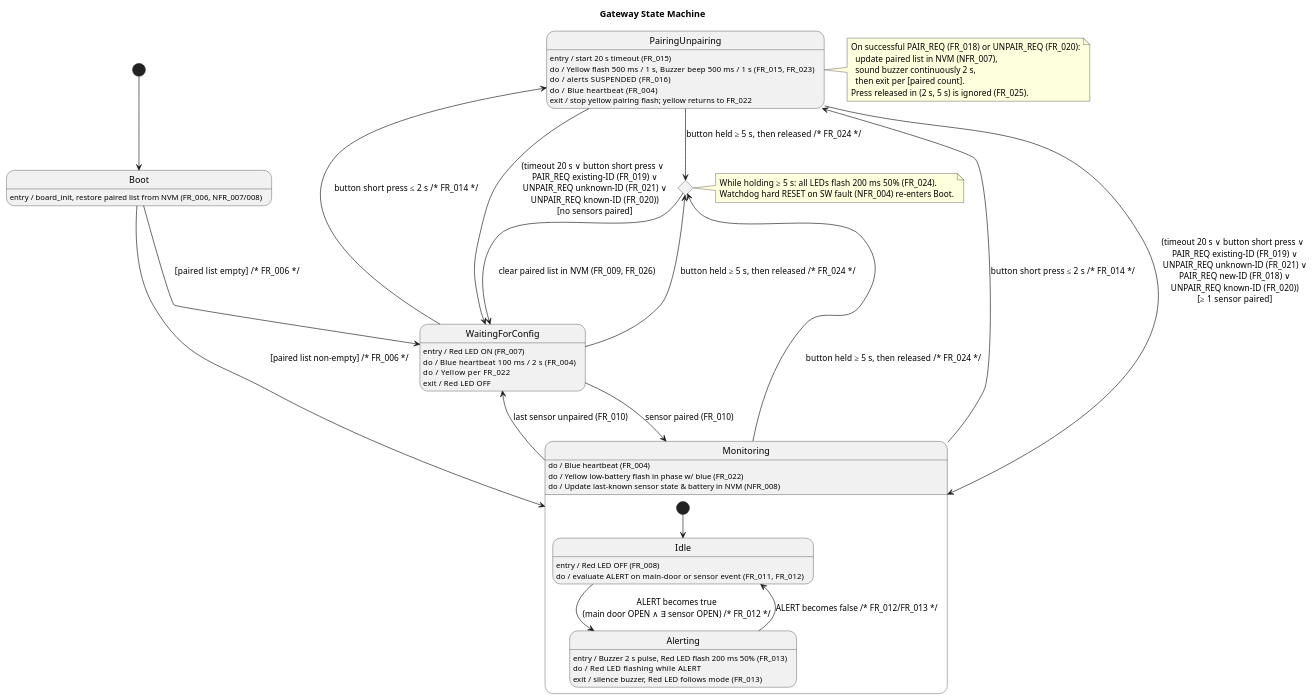
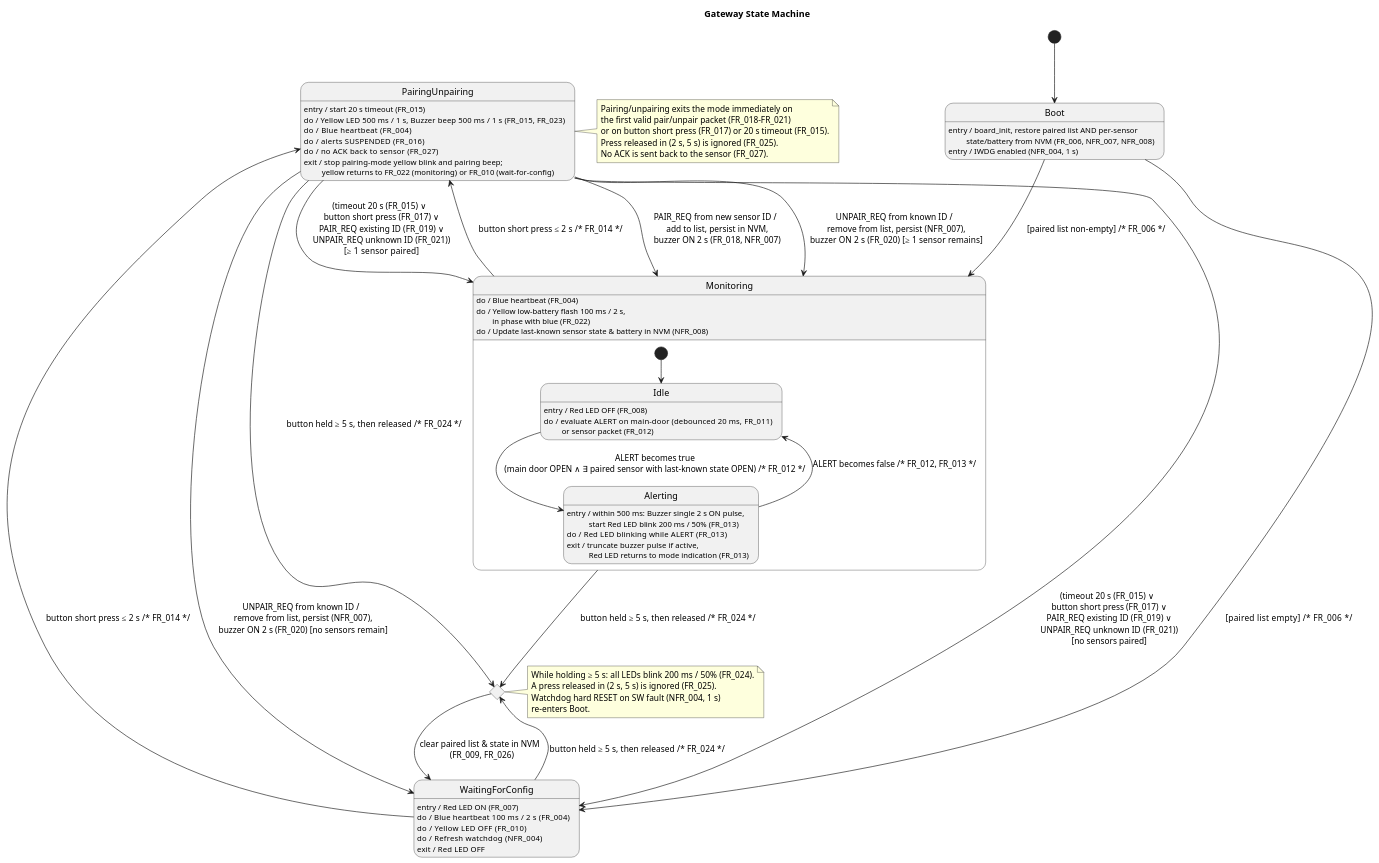
One commit to npeixoto64/ExitGuardian changed the diagram in docs/architecture/diagrams/state_machine.puml. Above: the diagram before and after it, drawn with PlantUML.

Commit message:
EG-37 State Machine finalized, according with the requirements.

```diff
--- a/docs/architecture/diagrams/state_machine.puml
+++ b/docs/architecture/diagrams/state_machine.puml
@@ -1,84 +1,93 @@
 @startuml
 title Gateway State Machine
 
 [*] --> Boot
 
 state Boot {
-  Boot : entry / board_init, restore paired list from NVM (FR_006, NFR_007/008)
+  Boot : entry / board_init, restore paired list AND per-sensor\n         state/battery from NVM (FR_006, NFR_007, NFR_008)
+  Boot : entry / IWDG enabled (NFR_004, 1 s)
 }
 
-Boot --> WaitingForConfig : [paired list empty]   /* FR_006 */
+Boot --> WaitingForConfig : [paired list empty]    /* FR_006 */
 Boot --> Monitoring       : [paired list non-empty] /* FR_006 */
 
 ' ---------------- Waiting-for-Configuration ----------------
 state WaitingForConfig {
   WaitingForConfig : entry / Red LED ON (FR_007)
   WaitingForConfig : do    / Blue heartbeat 100 ms / 2 s (FR_004)
-  WaitingForConfig : do    / Yellow per FR_022
+  WaitingForConfig : do    / Yellow LED OFF (FR_010)
+  WaitingForConfig : do    / Refresh watchdog (NFR_004)
   WaitingForConfig : exit  / Red LED OFF
 }
 
 ' ---------------- Monitoring ----------------
 state Monitoring {
   [*] --> Idle
 
   state Idle {
     Idle : entry / Red LED OFF (FR_008)
-    Idle : do    / evaluate ALERT on main-door or sensor event (FR_011, FR_012)
+    Idle : do    / evaluate ALERT on main-door (debounced 20 ms, FR_011)\n         or sensor packet (FR_012)
   }
 
   state Alerting {
-    Alerting : entry / Buzzer 2 s pulse, Red LED flash 200 ms 50% (FR_013)
-    Alerting : do    / Red LED flashing while ALERT
-    Alerting : exit  / silence buzzer, Red LED follows mode (FR_013)
+    Alerting : entry / within 500 ms: Buzzer single 2 s ON pulse,\n           start Red LED blink 200 ms / 50% (FR_013)
+    Alerting : do    / Red LED blinking while ALERT (FR_013)
+    Alerting : exit  / truncate buzzer pulse if active,\n           Red LED returns to mode indication (FR_013)
   }
 
-  Idle     --> Alerting : ALERT becomes true\n(main door OPEN ∧ ∃ sensor OPEN) /* FR_012 */
-  Alerting --> Idle     : ALERT becomes false /* FR_012/FR_013 */
+  Idle     --> Alerting : ALERT becomes true\n(main door OPEN ∧ ∃ paired sensor with last-known state OPEN) /* FR_012 */
+  Alerting --> Idle     : ALERT becomes false /* FR_012, FR_013 */
 
   Monitoring : do / Blue heartbeat (FR_004)
-  Monitoring : do / Yellow low-battery flash in phase w/ blue (FR_022)
+  Monitoring : do / Yellow low-battery flash 100 ms / 2 s,\n        in phase with blue (FR_022)
   Monitoring : do / Update last-known sensor state & battery in NVM (NFR_008)
 }
 
 ' ---------------- Pairing/Unpairing ----------------
 state PairingUnpairing {
   PairingUnpairing : entry / start 20 s timeout (FR_015)
-  PairingUnpairing : do    / Yellow flash 500 ms / 1 s, Buzzer beep 500 ms / 1 s (FR_015, FR_023)
+  PairingUnpairing : do    / Yellow LED 500 ms / 1 s, Buzzer beep 500 ms / 1 s (FR_015, FR_023)
+  PairingUnpairing : do    / Blue heartbeat (FR_004)
   PairingUnpairing : do    / alerts SUSPENDED (FR_016)
-  PairingUnpairing : do    / Blue heartbeat (FR_004)
-  PairingUnpairing : exit  / stop yellow pairing flash; yellow returns to FR_022
+  PairingUnpairing : do    / no ACK back to sensor (FR_027)
+  PairingUnpairing : exit  / stop pairing-mode yellow blink and pairing beep;\n         yellow returns to FR_022 (monitoring) or FR_010 (wait-for-config)
 }
 
 ' ---------------- Mode transitions ----------------
 WaitingForConfig --> PairingUnpairing : button short press ≤ 2 s /* FR_014 */
 Monitoring       --> PairingUnpairing : button short press ≤ 2 s /* FR_014 */
 
-PairingUnpairing --> WaitingForConfig : (timeout 20 s ∨ button short press ∨\n  PAIR_REQ existing-ID (FR_019) ∨\n  UNPAIR_REQ unknown-ID (FR_021) ∨\n  UNPAIR_REQ known-ID (FR_020))\n  [no sensors paired]
-PairingUnpairing --> Monitoring       : (timeout 20 s ∨ button short press ∨\n  PAIR_REQ existing-ID (FR_019) ∨\n  UNPAIR_REQ unknown-ID (FR_021) ∨\n  PAIR_REQ new-ID (FR_018) ∨\n  UNPAIR_REQ known-ID (FR_020))\n  [≥ 1 sensor paired]
+' Successful pair (FR_018): always returns to Monitoring (a sensor is now paired)
+PairingUnpairing --> Monitoring : PAIR_REQ from new sensor ID /\n  add to list, persist in NVM,\n  buzzer ON 2 s (FR_018, NFR_007)
+
+' Successful unpair (FR_020): destination depends on remaining paired count
+PairingUnpairing --> Monitoring : UNPAIR_REQ from known ID /\n  remove from list, persist (NFR_007),\n  buzzer ON 2 s (FR_020) [≥ 1 sensor remains]
+PairingUnpairing --> WaitingForConfig : UNPAIR_REQ from known ID /\n  remove from list, persist (NFR_007),\n  buzzer ON 2 s (FR_020) [no sensors remain]
+
+' Ignored requests (FR_019, FR_021) and timeout/button exit (FR_015, FR_017)
+PairingUnpairing --> WaitingForConfig : (timeout 20 s (FR_015) ∨\n  button short press (FR_017) ∨\n  PAIR_REQ existing ID (FR_019) ∨\n  UNPAIR_REQ unknown ID (FR_021))\n  [no sensors paired]
+PairingUnpairing --> Monitoring       : (timeout 20 s (FR_015) ∨\n  button short press (FR_017) ∨\n  PAIR_REQ existing ID (FR_019) ∨\n  UNPAIR_REQ unknown ID (FR_021))\n  [≥ 1 sensor paired]
 
 note right of PairingUnpairing
-  On successful PAIR_REQ (FR_018) or UNPAIR_REQ (FR_020):
-    update paired list in NVM (NFR_007),
-    sound buzzer continuously 2 s,
-    then exit per [paired count].
+  Pairing/unpairing exits the mode immediately on
+  the first valid pair/unpair packet (FR_018–FR_021)
+  or on button short press (FR_017) or 20 s timeout (FR_015).
   Press released in (2 s, 5 s) is ignored (FR_025).
+  No ACK is sent back to the sensor (FR_027).
 end note
-
-' Sensor pair/unpair effect on mode while in waiting-for-config / monitoring
-WaitingForConfig --> Monitoring : sensor paired (FR_010)
-Monitoring       --> WaitingForConfig : last sensor unpaired (FR_010)
 
 ' ---------------- Factory RESET ----------------
 state FactoryReset <<choice>>
 WaitingForConfig --> FactoryReset : button held ≥ 5 s, then released /* FR_024 */
 Monitoring       --> FactoryReset : button held ≥ 5 s, then released /* FR_024 */
 PairingUnpairing --> FactoryReset : button held ≥ 5 s, then released /* FR_024 */
-FactoryReset --> WaitingForConfig : clear paired list in NVM (FR_009, FR_026)
+FactoryReset --> WaitingForConfig : clear paired list & state in NVM\n  (FR_009, FR_026)
 
 note right of FactoryReset
-  While holding ≥ 5 s: all LEDs flash 200 ms 50% (FR_024).
-  Watchdog hard RESET on SW fault (NFR_004) re-enters Boot.
+  While holding ≥ 5 s: all LEDs blink 200 ms / 50% (FR_024).
+  A press released in (2 s, 5 s) is ignored (FR_025).
+  Watchdog hard RESET on SW fault (NFR_004, 1 s)
+  re-enters Boot.
 end note
 
 @enduml
```
